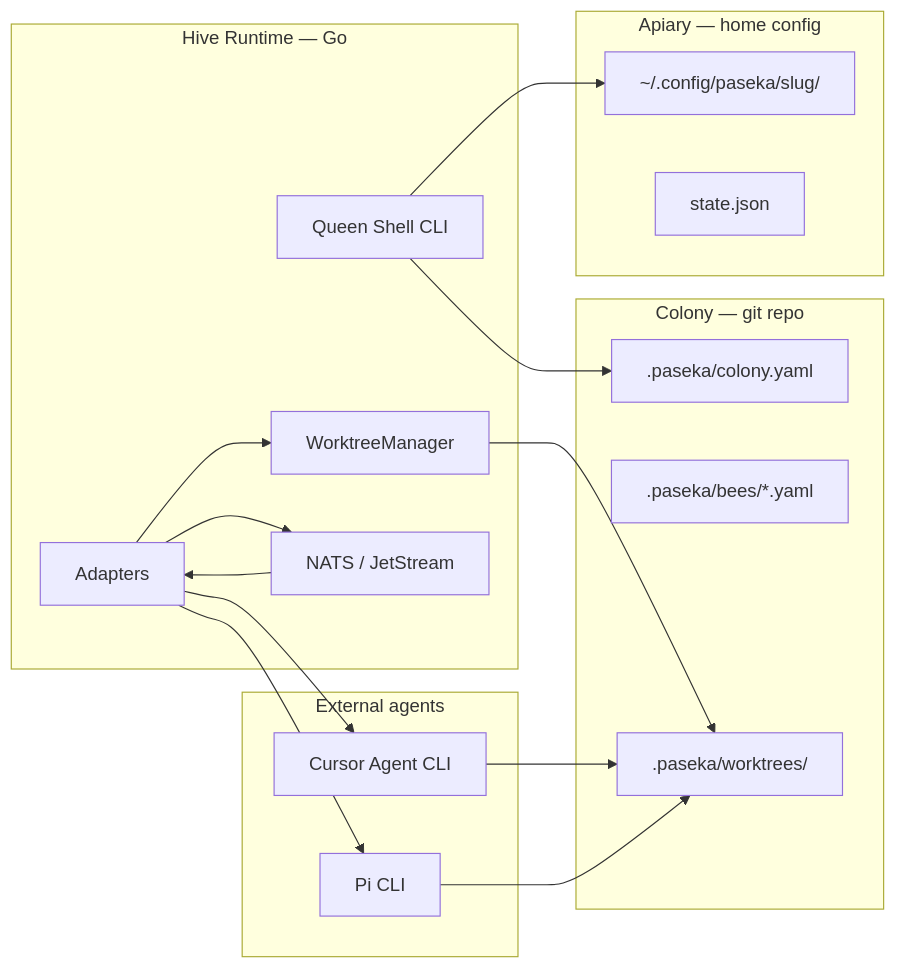
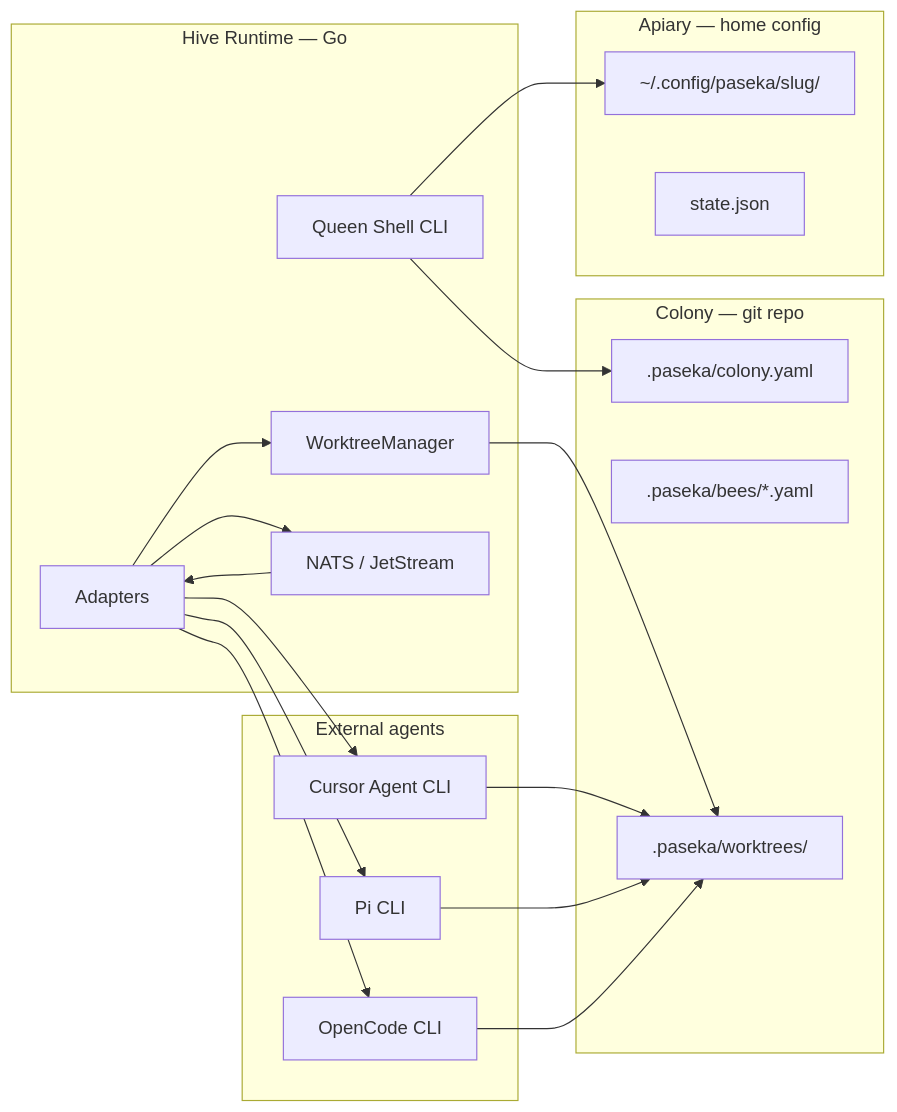
Before and after one commit to russ-p/paseka: the diagram in docs/architecture/overview.md, drawn with Mermaid. The commit also changed other lines of this file and 28 other files, not shown here.

First line of the commit message:
feat(adapters): add first-class OpenCode CLI adapter

````diff
--- a/docs/architecture/overview.md
+++ b/docs/architecture/overview.md
@@ -368,36 +428,39 @@
 ```mermaid
 flowchart LR
   subgraph repo [Colony — git repo]
     PC[.paseka/colony.yaml]
     PB[.paseka/bees/*.yaml]
     WT[.paseka/worktrees/]
   end
 
   subgraph home [Apiary — home config]
     HC[~/.config/paseka/slug/]
     ST[state.json]
   end
 
   subgraph runtime [Hive Runtime — Go]
     QS[Queen Shell CLI]
     WM[WorktreeManager]
     AD[Adapters]
     BUS[NATS / JetStream]
   end
 
   subgraph external [External agents]
     CR[Cursor Agent CLI]
     PI[Pi CLI]
+    OC[OpenCode CLI]
   end
 
   QS --> PC
   QS --> HC
   BUS --> AD
   AD --> WM
   WM --> WT
   AD --> CR
   AD --> PI
+  AD --> OC
   CR --> WT
   PI --> WT
+  OC --> WT
   AD --> BUS
 ```
````
